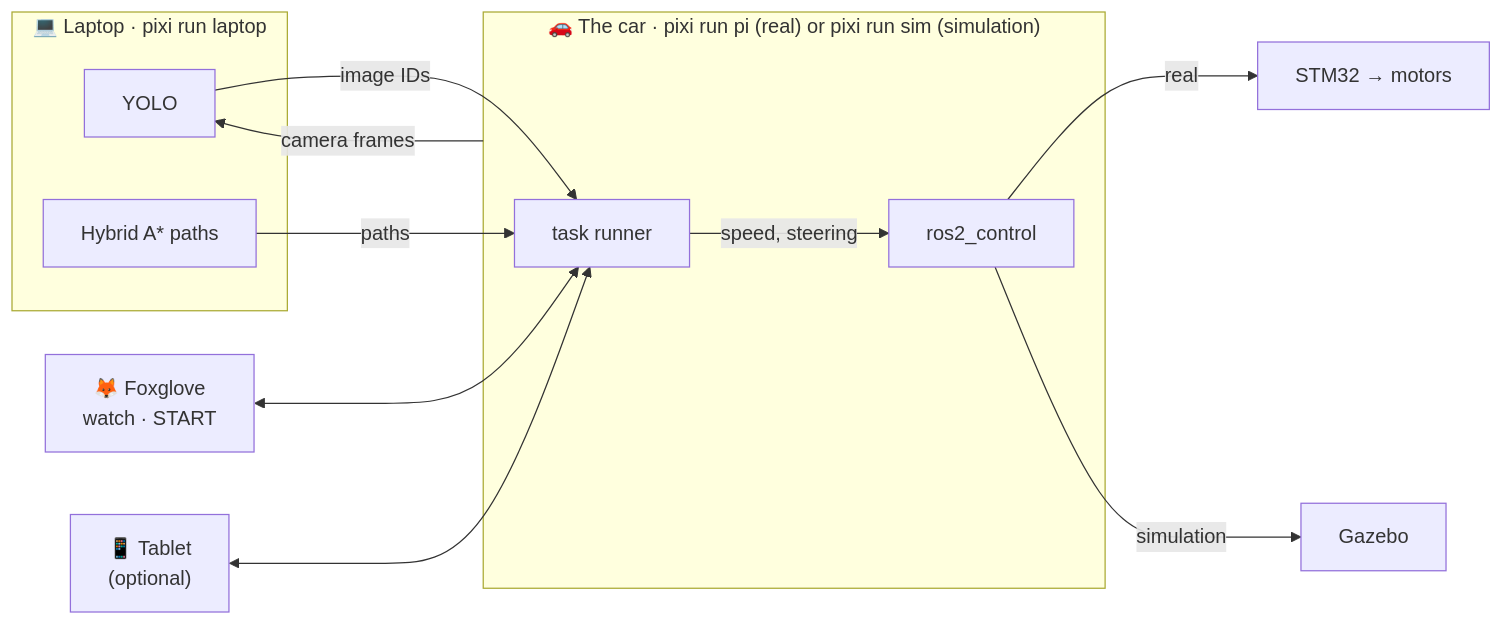
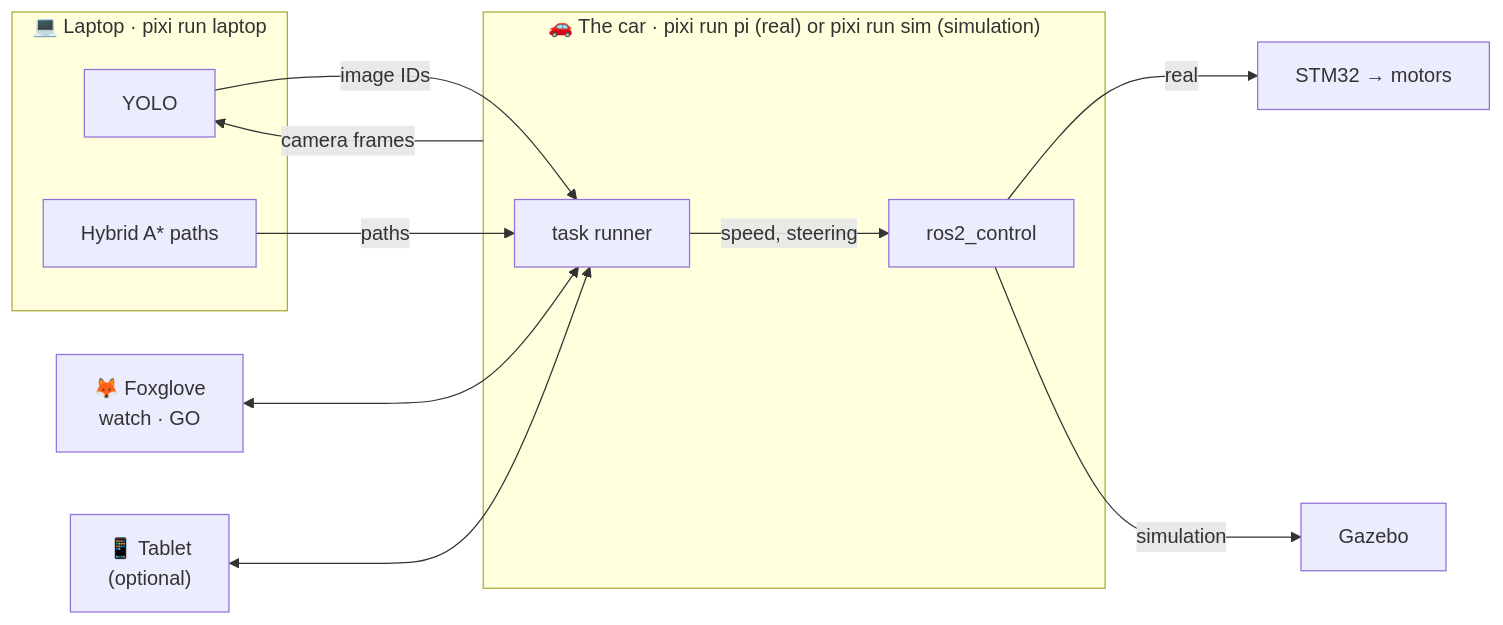
Before and after one commit to Alvin0523/mdp: the diagram in docs/quickstart.md, drawn with Mermaid. The commit also changed other lines of this file and 11 other files, not shown here.

````diff
--- a/docs/quickstart.md
+++ b/docs/quickstart.md
@@ -9,19 +9,19 @@
 ```mermaid
 graph LR
   subgraph LAPTOP["💻 Laptop · pixi run laptop"]
     YOLO["YOLO"]
     ASTAR["Hybrid A* paths"]
   end
-  FOX["🦊 Foxglove<br/>watch · START"]
+  FOX["🦊 Foxglove<br/>watch · GO"]
   TAB["📱 Tablet<br/>(optional)"]
   subgraph CAR["🚗 The car · pixi run pi (real) or pixi run sim (simulation)"]
     RUN["task runner"] -->|"speed, steering"| RC["ros2_control"]
   end
   RC -->|"real"| STM["STM32 → motors"]
   RC -->|"simulation"| GZ["Gazebo"]
   CAR -->|"camera frames"| YOLO
   YOLO -->|"image IDs"| RUN
   ASTAR -->|"paths"| RUN
   FOX <--> RUN
   TAB <--> RUN
 ```
````
